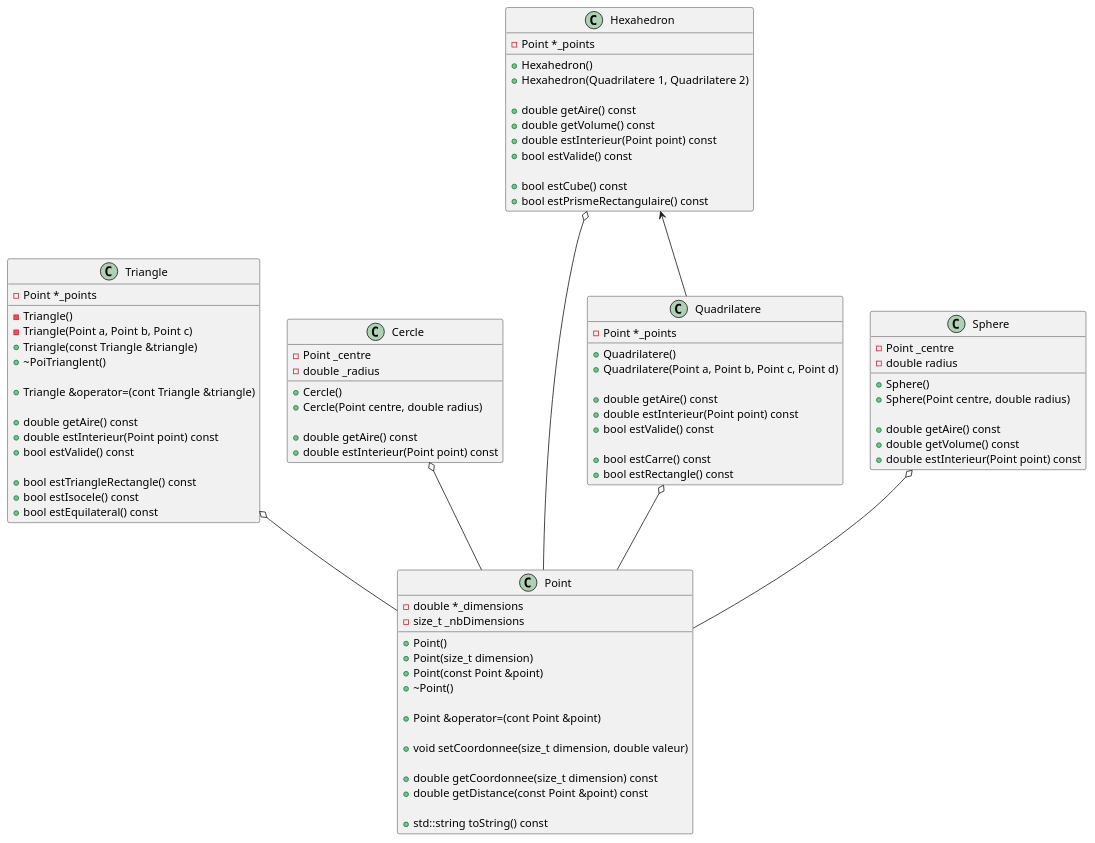
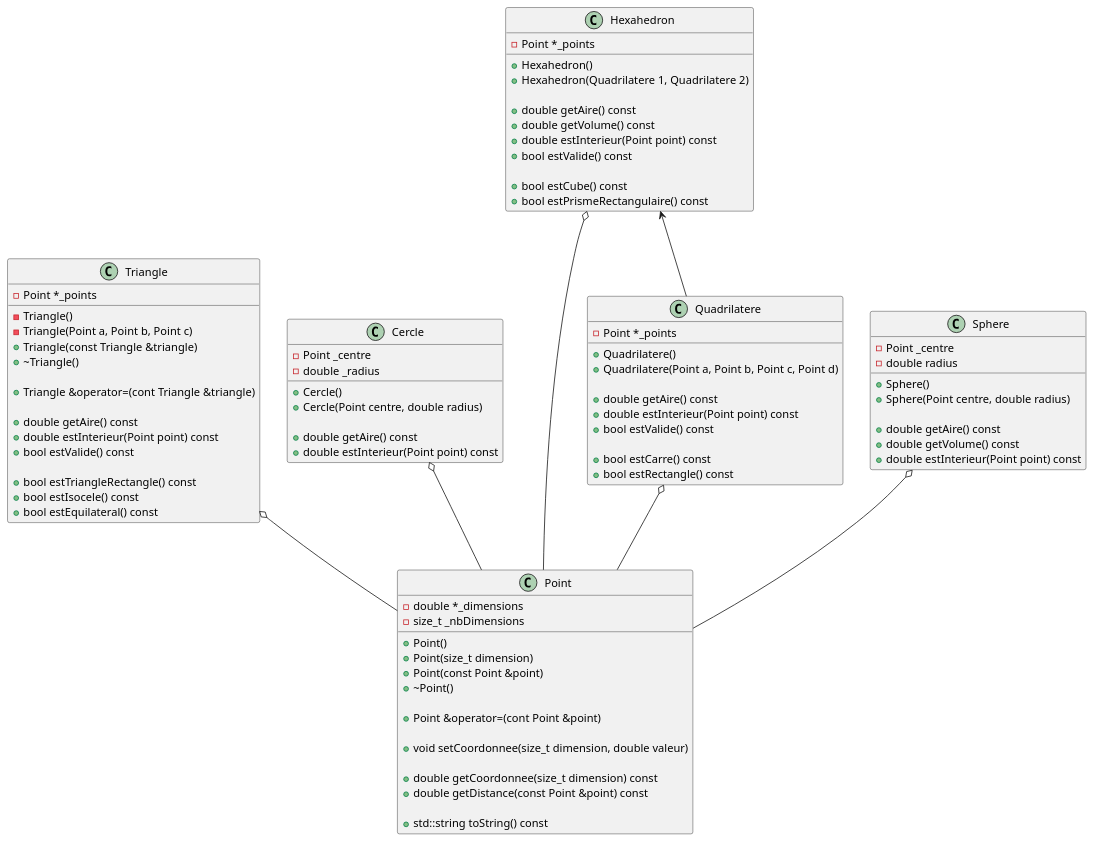
The second of 2 diagrams in laboratoires/lab03-oop2/consignes/lab03.md (plbrault/420-SF2-RE), drawn with PlantUML before and after one commit. The commit also changed other lines of this file, not shown here.

Commit message:
Modifications mineures

```diff
--- a/laboratoires/lab03-oop2/consignes/lab03.md
+++ b/laboratoires/lab03-oop2/consignes/lab03.md
@@ -99,7 +99,7 @@
     - Triangle()
     - Triangle(Point a, Point b, Point c)
     + Triangle(const Triangle &triangle)
-    + ~PoiTrianglent()
+    + ~Triangle()
 
     + Triangle &operator=(cont Triangle &triangle)
 
```
